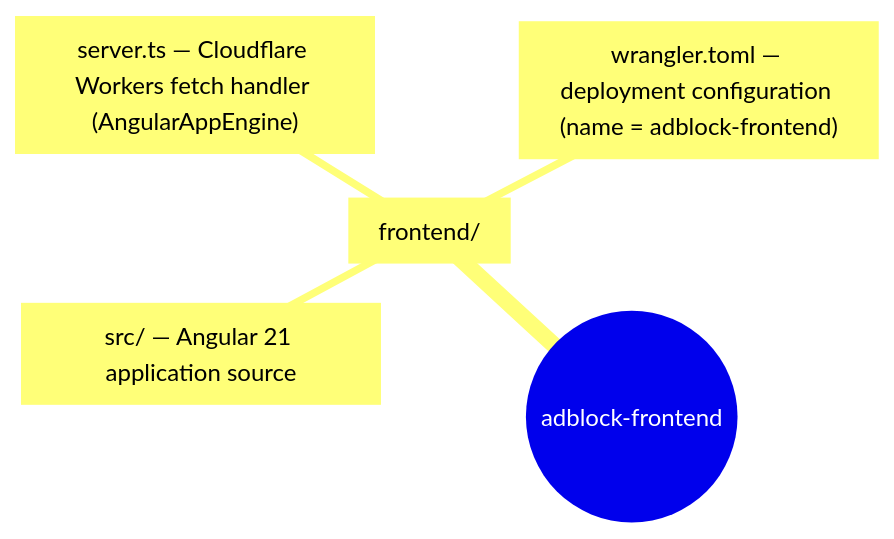
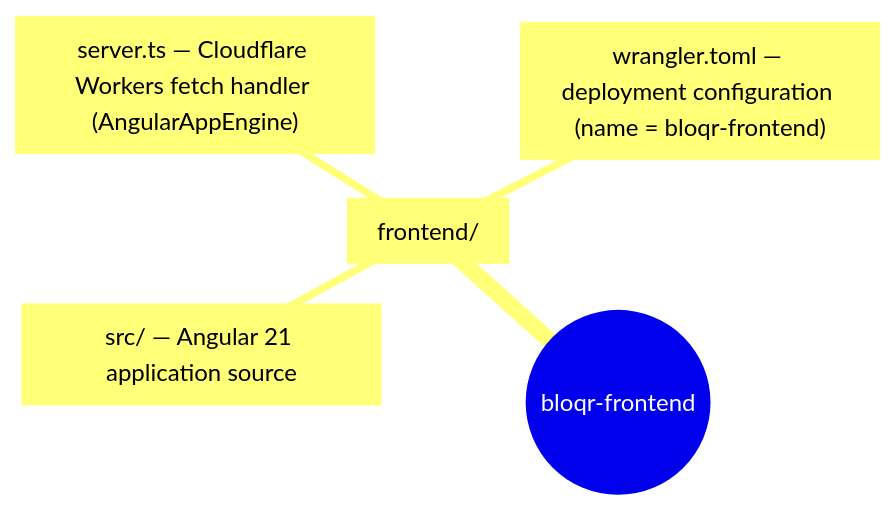
One commit to jaypatrick/adblock-compiler changed the second of 4 diagrams in docs/deployment/CLOUDFLARE_WORKERS_ARCHITECTURE.md. Above: the diagram before and after it, drawn with Mermaid. The commit also changed other lines of this file and 252 other files, not shown here.

First line of the commit message:
chore: rename Cloudflare Worker names from adblock- to bloqr- (bloqr-compiler → bloqr-backend) (#1762)

````diff
--- a/docs/deployment/CLOUDFLARE_WORKERS_ARCHITECTURE.md
+++ b/docs/deployment/CLOUDFLARE_WORKERS_ARCHITECTURE.md
@@ -78,8 +78,8 @@
 ```mermaid
 mindmap
-  root((adblock-frontend))
+  root((bloqr-frontend))
     frontend["frontend/"]
       src["src/ — Angular 21 application source"]
       server["server.ts — Cloudflare Workers fetch handler (AngularAppEngine)"]
-      wrangler["wrangler.toml — deployment configuration (name = adblock-frontend)"]
+      wrangler["wrangler.toml — deployment configuration (name = bloqr-frontend)"]
 ```
````
